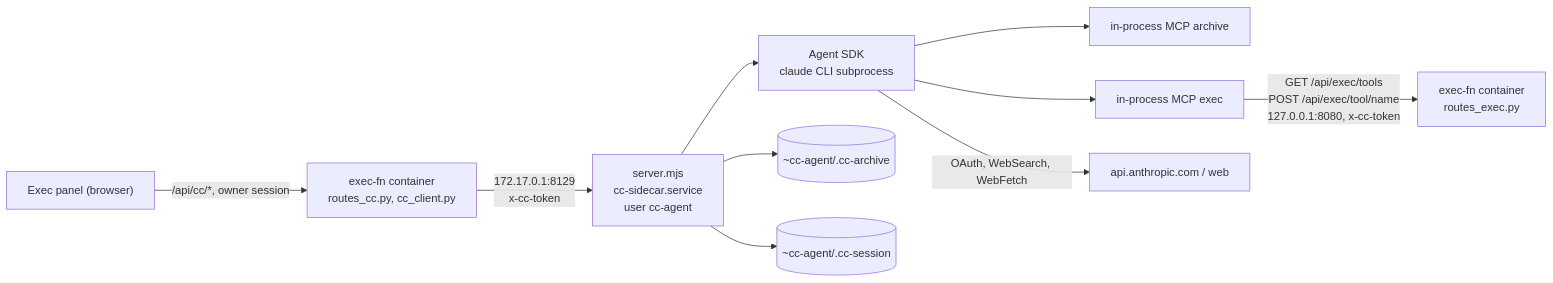
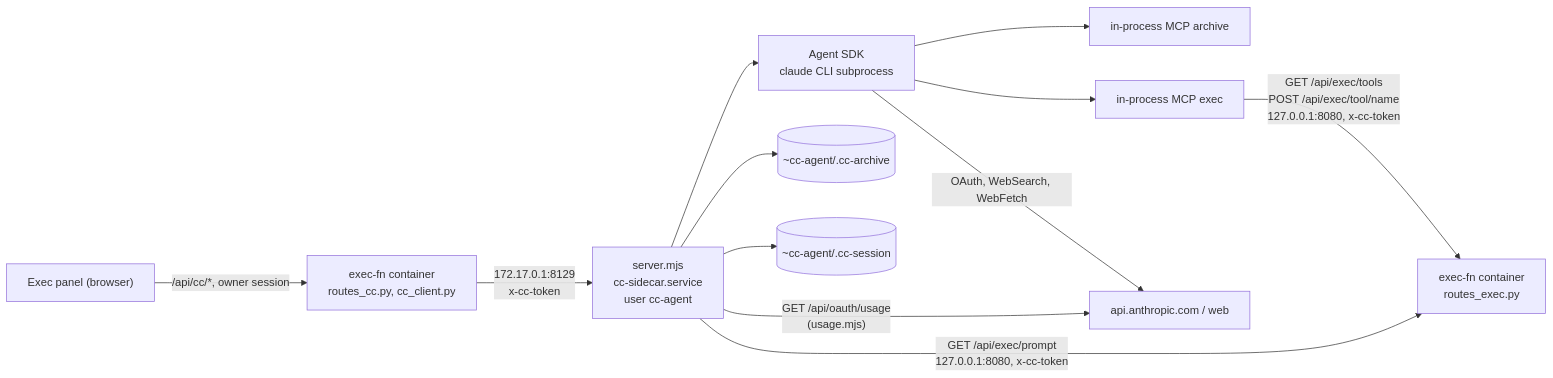
The diagram in docs/arch/topology.mmd (wai-lau/cc-sidecar), drawn with Mermaid before and after one commit. The commit also changed 10 other files, not shown here.

```diff
--- a/docs/arch/topology.mmd
+++ b/docs/arch/topology.mmd
@@ -1,10 +1,12 @@
 flowchart LR
     panel["Exec panel (browser)"] -->|"/api/cc/*, owner session"| api["exec-fn container<br/>routes_cc.py, cc_client.py"]
     api -->|"172.17.0.1:8129<br/>x-cc-token"| sc["server.mjs<br/>cc-sidecar.service<br/>user cc-agent"]
     sc --> sdk["Agent SDK<br/>claude CLI subprocess"]
     sc --> arch[("~cc-agent/.cc-archive")]
     sc --> ptr[("~cc-agent/.cc-session")]
     sdk --> mcpa["in-process MCP archive"]
     sdk --> mcpe["in-process MCP exec"]
     mcpe -->|"GET /api/exec/tools<br/>POST /api/exec/tool/name<br/>127.0.0.1:8080, x-cc-token"| api2["exec-fn container<br/>routes_exec.py"]
-    sdk -->|OAuth, WebSearch, WebFetch| anth["api.anthropic.com / web"]
+    sc -->|"GET /api/exec/prompt<br/>127.0.0.1:8080, x-cc-token"| api2
+    sdk -->|"OAuth, WebSearch, WebFetch"| anth["api.anthropic.com / web"]
+    sc -->|"GET /api/oauth/usage<br/>(usage.mjs)"| anth
```
